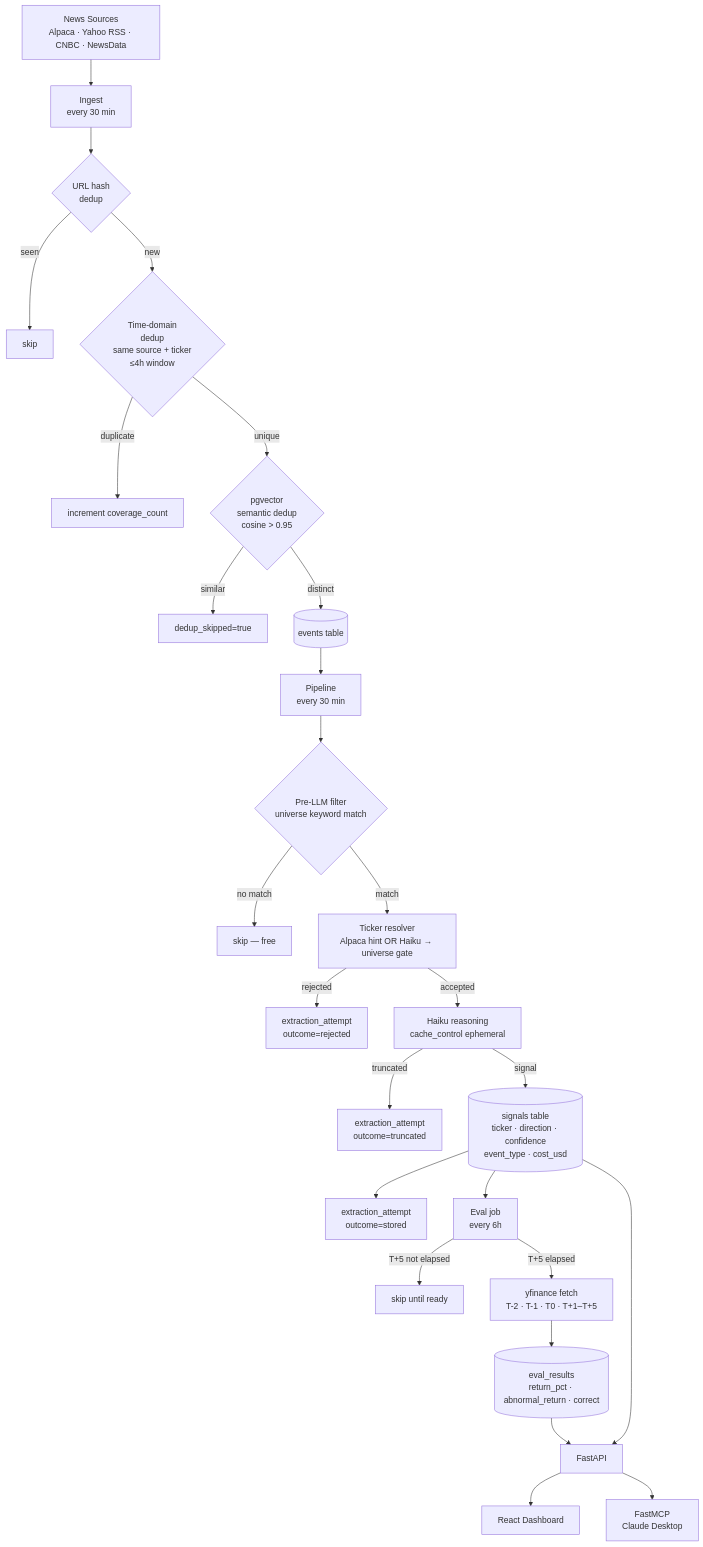
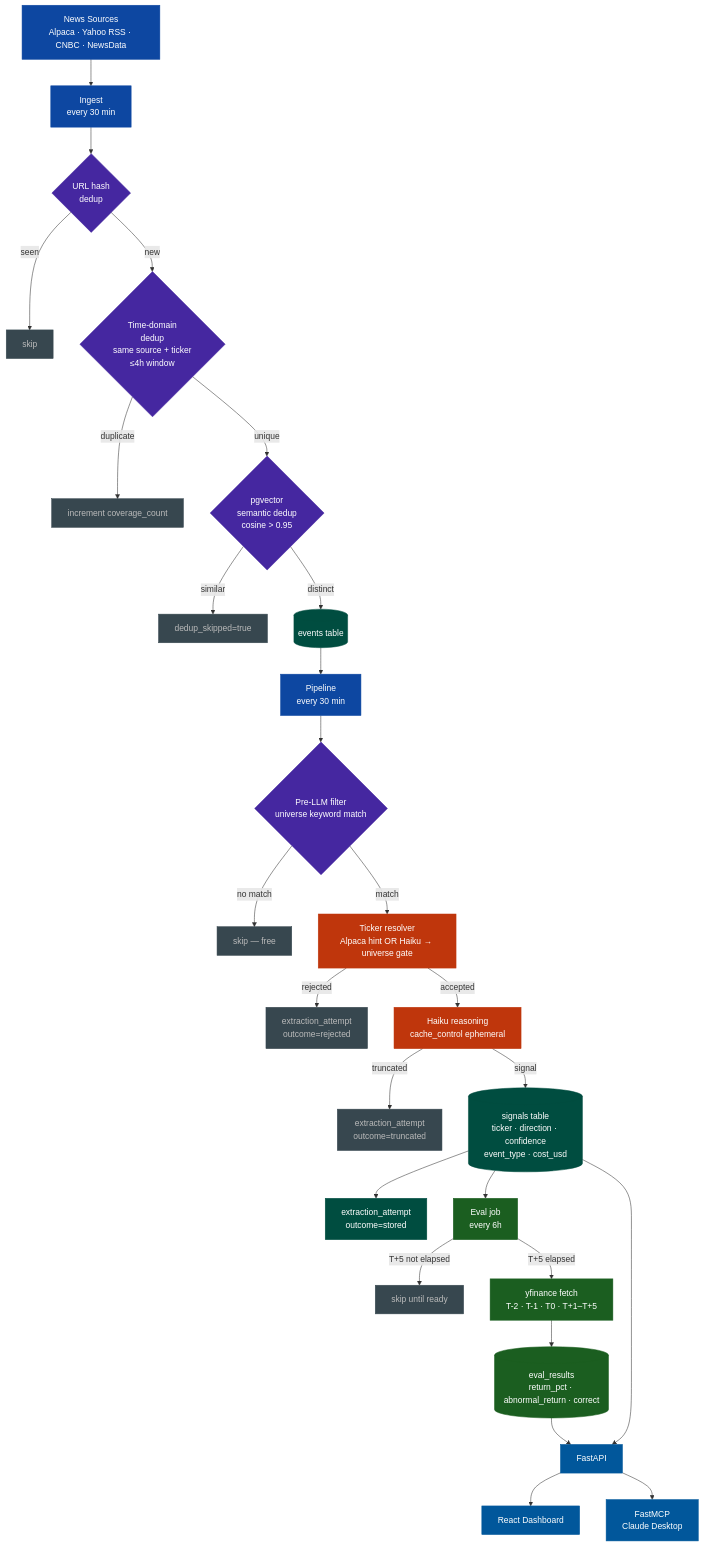
One commit to yehomak/NewsAlpha changed the first of 3 diagrams in README.md. Above: the diagram before and after it, drawn with Mermaid. The commit also changed other lines of this file, not shown here.

Commit message:
docs(readme): consistent color palette + section emojis (#31)
Claude-Session: https://claude.ai/code/session_01MGqB38DV9BoWKCx8D6tAEE

````diff
--- a/README.md
+++ b/README.md
@@ -33,32 +33,40 @@
 ```mermaid
 flowchart TD
-    A[News Sources\nAlpaca · Yahoo RSS · CNBC · NewsData] --> B[Ingest\nevery 30 min]
+    classDef ingest fill:#0D47A1,color:#fff,stroke:#0D47A1
+    classDef dedup fill:#4527A0,color:#fff,stroke:#4527A0
+    classDef skip fill:#37474F,color:#bbb,stroke:#37474F
+    classDef llm fill:#BF360C,color:#fff,stroke:#BF360C
+    classDef store fill:#004D40,color:#fff,stroke:#004D40
+    classDef eval fill:#1B5E20,color:#fff,stroke:#1B5E20
+    classDef out fill:#01579B,color:#fff,stroke:#01579B
 
-    B --> C{URL hash\ndedup}
-    C -->|seen| Z1[skip]
-    C -->|new| D{Time-domain\ndedup\nsame source + ticker\n≤4h window}
-    D -->|duplicate| Z2[increment coverage_count]
-    D -->|unique| E{pgvector\nsemantic dedup\ncosine > 0.95}
-    E -->|similar| Z3[dedup_skipped=true]
-    E -->|distinct| F[(events table)]
+    A[News Sources\nAlpaca · Yahoo RSS · CNBC · NewsData]:::ingest --> B[Ingest\nevery 30 min]:::ingest
 
-    F --> G[Pipeline\nevery 30 min]
-    G --> H{Pre-LLM filter\nuniverse keyword match}
-    H -->|no match| Z4[skip — free]
-    H -->|match| I[Ticker resolver\nAlpaca hint OR Haiku → universe gate]
-    I -->|rejected| Z5[extraction_attempt\noutcome=rejected]
-    I -->|accepted| J[Haiku reasoning\ncache_control ephemeral]
-    J -->|truncated| Z6[extraction_attempt\noutcome=truncated]
-    J -->|signal| K[(signals table\nticker · direction · confidence\nevent_type · cost_usd)]
-    K --> L[extraction_attempt\noutcome=stored]
+    B --> C{URL hash\ndedup}:::dedup
+    C -->|seen| Z1[skip]:::skip
+    C -->|new| D{Time-domain\ndedup\nsame source + ticker\n≤4h window}:::dedup
+    D -->|duplicate| Z2[increment coverage_count]:::skip
+    D -->|unique| E{pgvector\nsemantic dedup\ncosine > 0.95}:::dedup
+    E -->|similar| Z3[dedup_skipped=true]:::skip
+    E -->|distinct| F[(events table)]:::store
 
-    K --> M[Eval job\nevery 6h]
-    M -->|T+5 not elapsed| Z7[skip until ready]
-    M -->|T+5 elapsed| N[yfinance fetch\nT-2 · T-1 · T0 · T+1–T+5]
-    N --> O[(eval_results\nreturn_pct · abnormal_return · correct)]
+    F --> G[Pipeline\nevery 30 min]:::ingest
+    G --> H{Pre-LLM filter\nuniverse keyword match}:::dedup
+    H -->|no match| Z4[skip — free]:::skip
+    H -->|match| I[Ticker resolver\nAlpaca hint OR Haiku → universe gate]:::llm
+    I -->|rejected| Z5[extraction_attempt\noutcome=rejected]:::skip
+    I -->|accepted| J[Haiku reasoning\ncache_control ephemeral]:::llm
+    J -->|truncated| Z6[extraction_attempt\noutcome=truncated]:::skip
+    J -->|signal| K[(signals table\nticker · direction · confidence\nevent_type · cost_usd)]:::store
+    K --> L[extraction_attempt\noutcome=stored]:::store
 
-    K --> P[FastAPI]
+    K --> M[Eval job\nevery 6h]:::eval
+    M -->|T+5 not elapsed| Z7[skip until ready]:::skip
+    M -->|T+5 elapsed| N[yfinance fetch\nT-2 · T-1 · T0 · T+1–T+5]:::eval
+    N --> O[(eval_results\nreturn_pct · abnormal_return · correct)]:::eval
+
+    K --> P[FastAPI]:::out
     O --> P
-    P --> Q[React Dashboard]
-    P --> R[FastMCP\nClaude Desktop]
+    P --> Q[React Dashboard]:::out
+    P --> R[FastMCP\nClaude Desktop]:::out
 ```
````
